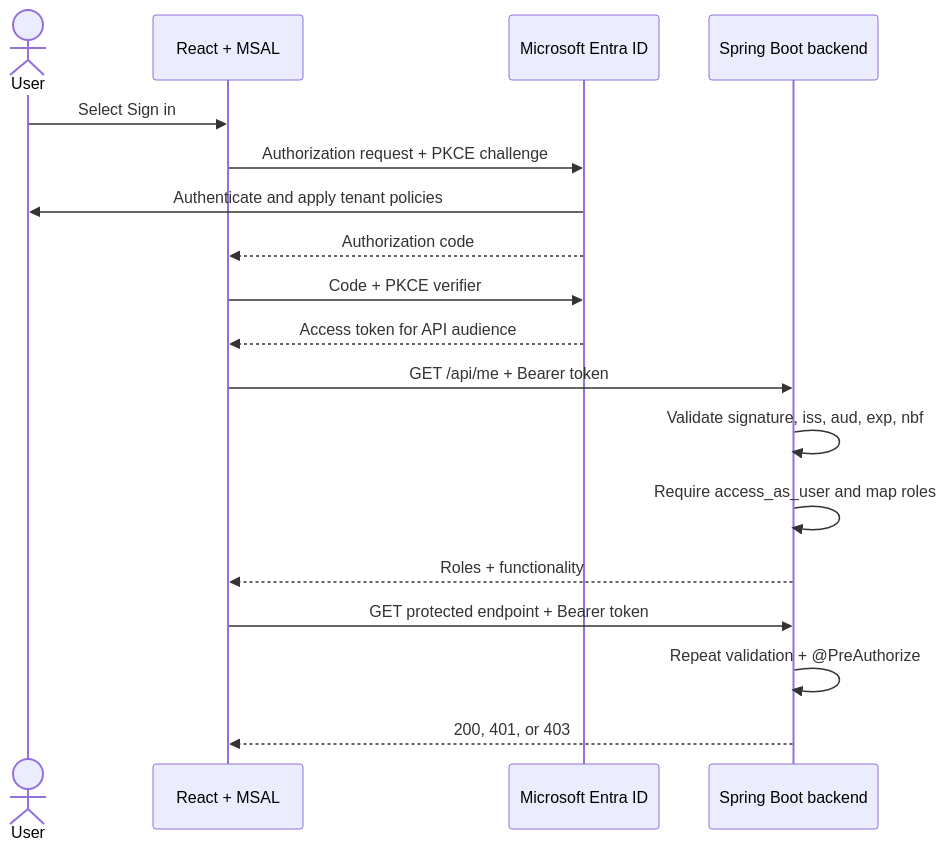
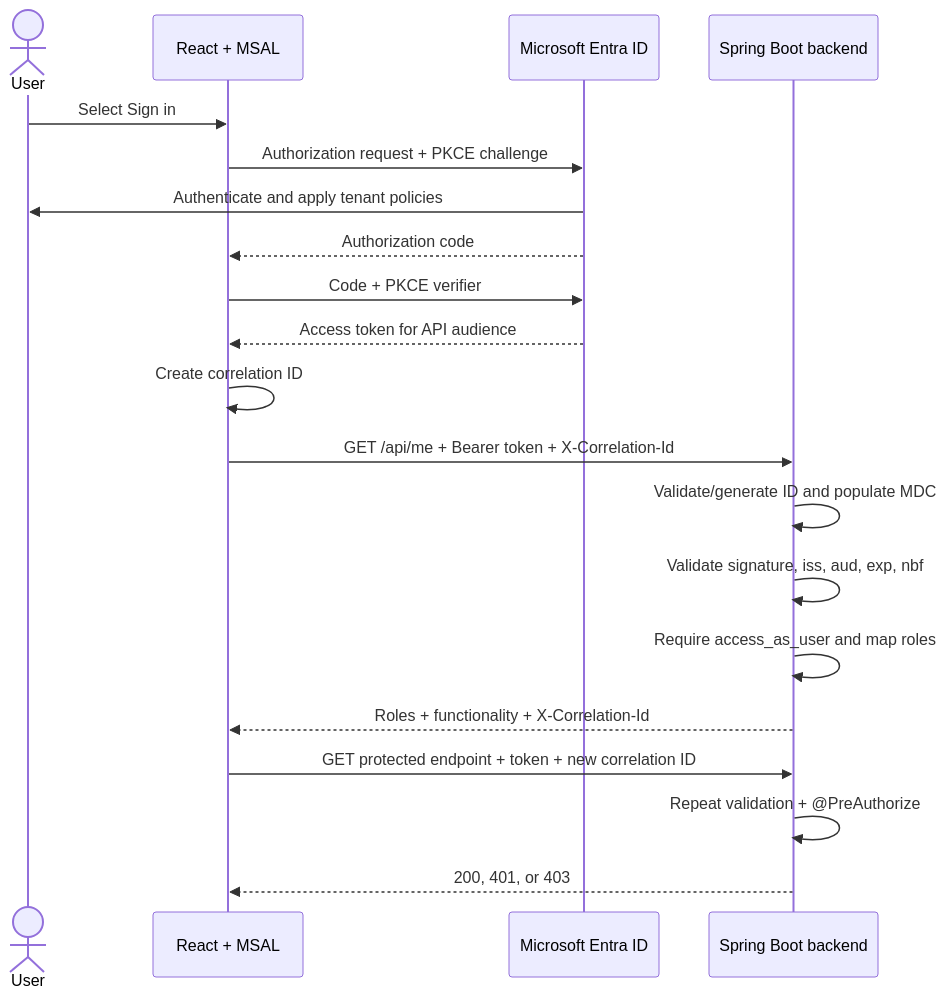
Before and after one commit to vinodhkumarp/entra-sso-react-spring-reference: the first of 2 diagrams in docs/architecture.md, drawn with Mermaid. The commit also changed other lines of this file and 38 other files, not shown here.

````diff
--- a/docs/architecture.md
+++ b/docs/architecture.md
@@ -17,21 +18,23 @@
 ```mermaid
 sequenceDiagram
     actor User
     participant UI as React + MSAL
     participant Entra as Microsoft Entra ID
     participant API as Spring Boot backend
 
     User->>UI: Select Sign in
     UI->>Entra: Authorization request + PKCE challenge
     Entra->>User: Authenticate and apply tenant policies
     Entra-->>UI: Authorization code
     UI->>Entra: Code + PKCE verifier
     Entra-->>UI: Access token for API audience
-    UI->>API: GET /api/me + Bearer token
+    UI->>UI: Create correlation ID
+    UI->>API: GET /api/me + Bearer token + X-Correlation-Id
+    API->>API: Validate/generate ID and populate MDC
     API->>API: Validate signature, iss, aud, exp, nbf
     API->>API: Require access_as_user and map roles
-    API-->>UI: Roles + functionality
-    UI->>API: GET protected endpoint + Bearer token
+    API-->>UI: Roles + functionality + X-Correlation-Id
+    UI->>API: GET protected endpoint + token + new correlation ID
     API->>API: Repeat validation + @PreAuthorize
     API-->>UI: 200, 401, or 403
 ```
````
